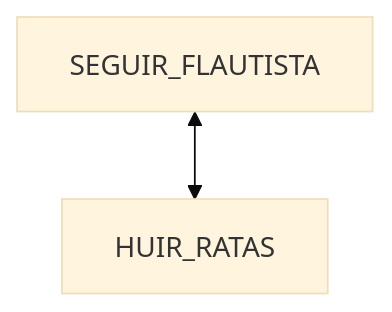
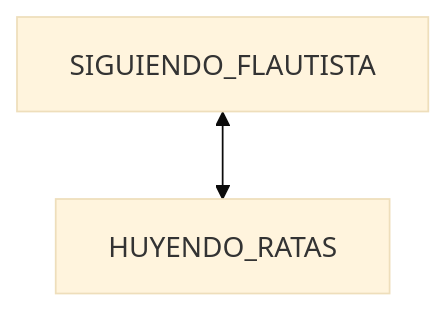
One commit to IAV26-G09/IAV26-G09-P1 changed the second of 3 diagrams in README.md. Above: the diagram before and after it, drawn with Mermaid (base theme). The commit also changed other lines of this file and 5 other files, not shown here.

````diff
--- a/README.md
+++ b/README.md
@@ -68,4 +71,4 @@
 ```mermaid
 graph TD;
-  SEGUIR_FLAUTISTA<-->HUIR_RATAS;
+  SIGUIENDO_FLAUTISTA<-->HUYENDO_RATAS;
 ```
````
